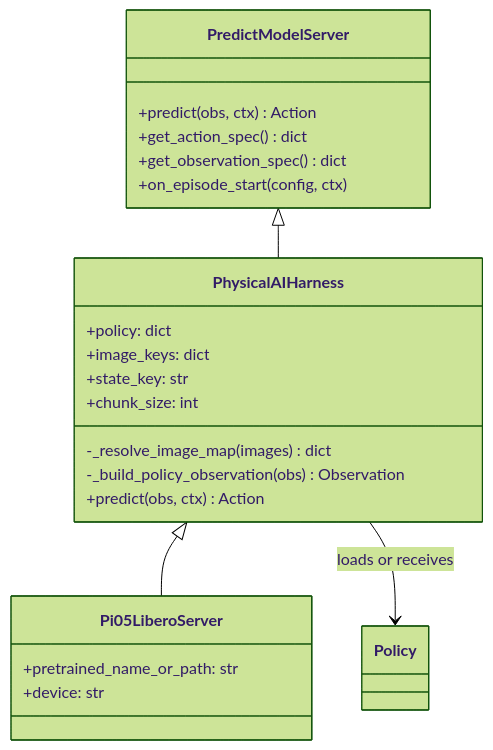
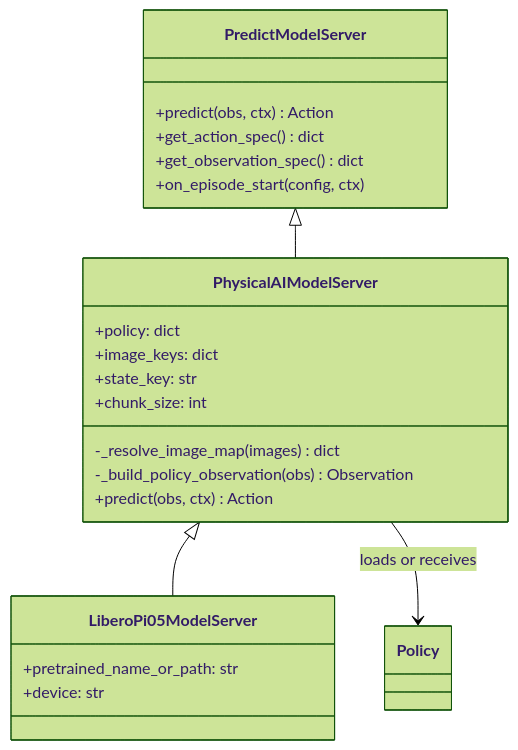
One commit to alfieroddan/physical-ai-studio changed the first of 2 diagrams in library/docs/explanation/benchmark/vla-evaluation-harness.md. Above: the diagram before and after it, drawn with Mermaid (forest theme). The commit also changed other lines of this file, not shown here.

````diff
--- a/library/docs/explanation/benchmark/vla-evaluation-harness.md
+++ b/library/docs/explanation/benchmark/vla-evaluation-harness.md
@@ -15,28 +15,28 @@
 ```mermaid
 classDiagram
     class PredictModelServer {
         +predict(obs, ctx) Action
         +get_action_spec() dict
         +get_observation_spec() dict
         +on_episode_start(config, ctx)
     }
 
-    class PhysicalAIHarness {
+      class PhysicalAIModelServer {
         +policy: dict
         +image_keys: dict
         +state_key: str
         +chunk_size: int
         -_resolve_image_map(images) dict
         -_build_policy_observation(obs) Observation
         +predict(obs, ctx) Action
     }
 
-    class Pi05LiberoServer {
+      class LiberoPi05ModelServer {
         +pretrained_name_or_path: str
         +device: str
     }
 
-    PredictModelServer <|-- PhysicalAIHarness
-    PhysicalAIHarness <|-- Pi05LiberoServer
-    PhysicalAIHarness --> Policy : loads or receives
+      PredictModelServer <|-- PhysicalAIModelServer
+      PhysicalAIModelServer <|-- LiberoPi05ModelServer
+      PhysicalAIModelServer --> Policy : loads or receives
 ```
````
